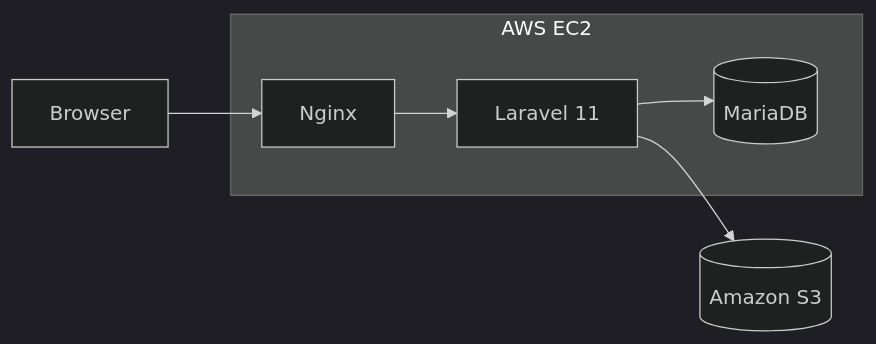
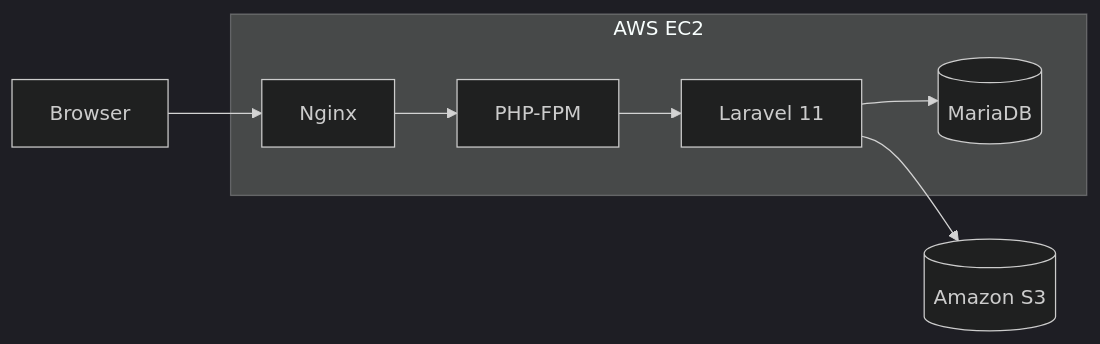
One commit to utl-flaxy/shining-will-shop changed the first of 3 diagrams in README.md. Above: the diagram before and after it, drawn with Mermaid (dark theme). The commit also changed other lines of this file, not shown here.

````diff
--- a/README.md
+++ b/README.md
@@ -176,19 +176,20 @@
 ```mermaid
 flowchart LR
 
-A[Browser]
+Browser --> Nginx
 
-A --> B[Nginx]
+Nginx --> PHP["PHP-FPM"]
 
-B --> C[Laravel 11]
+PHP --> Laravel["Laravel 11"]
 
-C --> D[(MariaDB)]
+Laravel --> MariaDB[(MariaDB)]
 
-C --> E[(Amazon S3)]
+Laravel --> S3[(Amazon S3)]
 
 subgraph AWS EC2
-    B
-    C
-    D
+    Nginx
+    PHP
+    Laravel
+    MariaDB
 end
 ```
````
